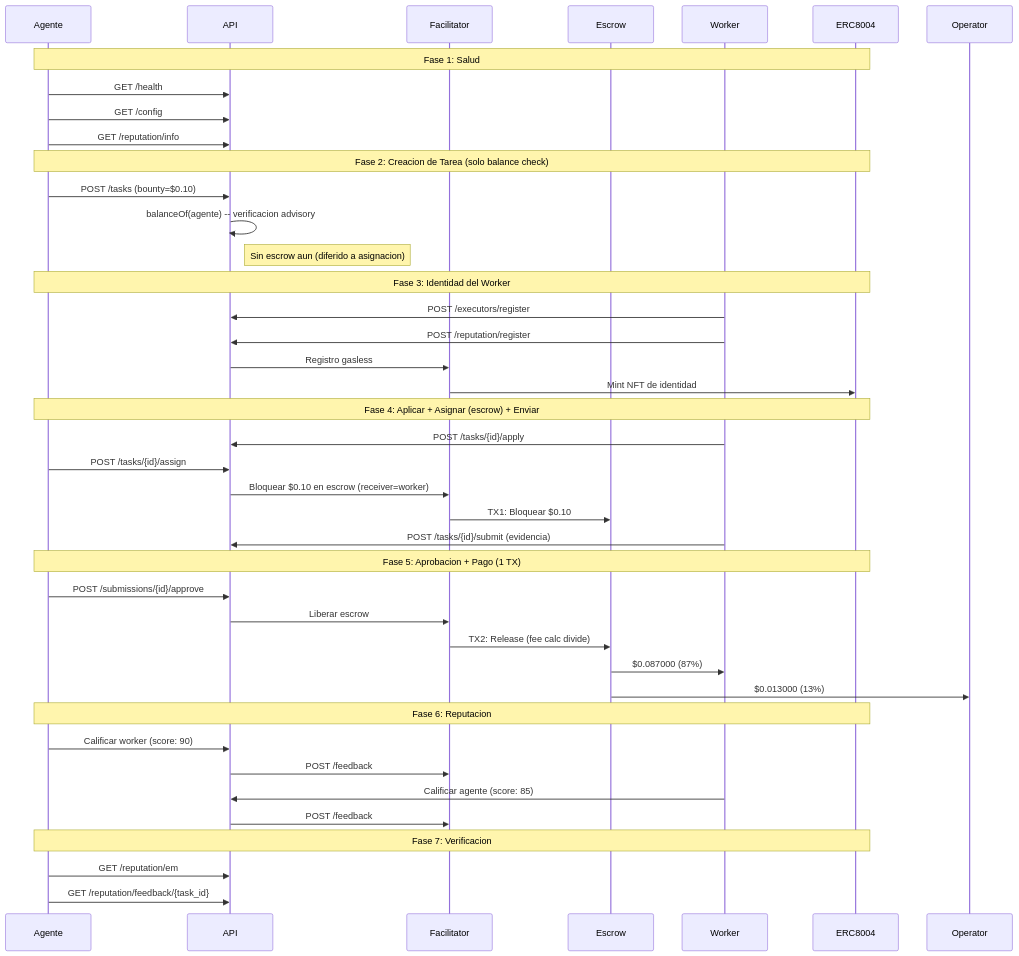
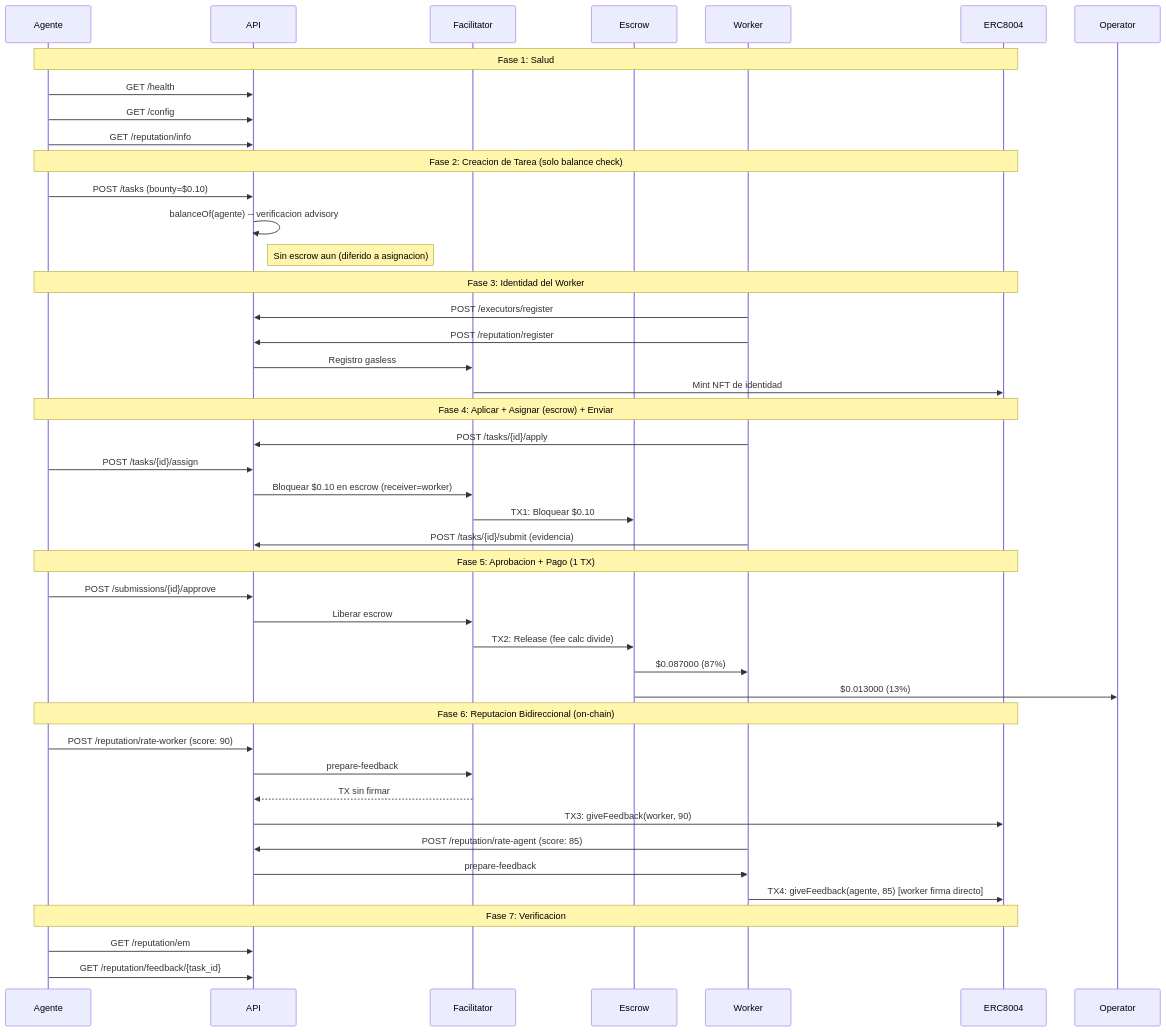
One commit to UltravioletaDAO/execution-market changed the first of 2 diagrams in docs/reports/GOLDEN_FLOW_REPORT.es.md. Above: the diagram before and after it, drawn with Mermaid. The commit also changed other lines of this file and 2 other files, not shown here.

First line of the commit message:
docs: enhanced Golden Flow report + Ali validation notes

````diff
--- a/docs/reports/GOLDEN_FLOW_REPORT.es.md
+++ b/docs/reports/GOLDEN_FLOW_REPORT.es.md
@@ -40,49 +60,52 @@
 ```mermaid
 sequenceDiagram
     participant Agente
     participant API
     participant Facilitator
     participant Escrow
     participant Worker
     participant ERC8004
 
     Note over Agente,ERC8004: Fase 1: Salud
     Agente->>API: GET /health
     Agente->>API: GET /config
     Agente->>API: GET /reputation/info
 
     Note over Agente,ERC8004: Fase 2: Creacion de Tarea (solo balance check)
     Agente->>API: POST /tasks (bounty=$0.10)
     API->>API: balanceOf(agente) -- verificacion advisory
     Note right of API: Sin escrow aun (diferido a asignacion)
 
     Note over Agente,ERC8004: Fase 3: Identidad del Worker
     Worker->>API: POST /executors/register
     Worker->>API: POST /reputation/register
     API->>Facilitator: Registro gasless
     Facilitator->>ERC8004: Mint NFT de identidad
 
     Note over Agente,ERC8004: Fase 4: Aplicar + Asignar (escrow) + Enviar
     Worker->>API: POST /tasks/{id}/apply
     Agente->>API: POST /tasks/{id}/assign
     API->>Facilitator: Bloquear $0.10 en escrow (receiver=worker)
     Facilitator->>Escrow: TX1: Bloquear $0.10
     Worker->>API: POST /tasks/{id}/submit (evidencia)
 
     Note over Agente,ERC8004: Fase 5: Aprobacion + Pago (1 TX)
     Agente->>API: POST /submissions/{id}/approve
     API->>Facilitator: Liberar escrow
     Facilitator->>Escrow: TX2: Release (fee calc divide)
     Escrow->>Worker: $0.087000 (87%)
     Escrow->>Operator: $0.013000 (13%)
 
-    Note over Agente,ERC8004: Fase 6: Reputacion
-    Agente->>API: Calificar worker (score: 90)
-    API->>Facilitator: POST /feedback
-    Worker->>API: Calificar agente (score: 85)
-    API->>Facilitator: POST /feedback
+    Note over Agente,ERC8004: Fase 6: Reputacion Bidireccional (on-chain)
+    Agente->>API: POST /reputation/rate-worker (score: 90)
+    API->>Facilitator: prepare-feedback
+    Facilitator-->>API: TX sin firmar
+    API->>ERC8004: TX3: giveFeedback(worker, 90)
+    Worker->>API: POST /reputation/rate-agent (score: 85)
+    API->>Worker: prepare-feedback
+    Worker->>ERC8004: TX4: giveFeedback(agente, 85) [worker firma directo]
 
     Note over Agente,ERC8004: Fase 7: Verificacion
     Agente->>API: GET /reputation/em
     Agente->>API: GET /reputation/feedback/{task_id}
 ```
````
